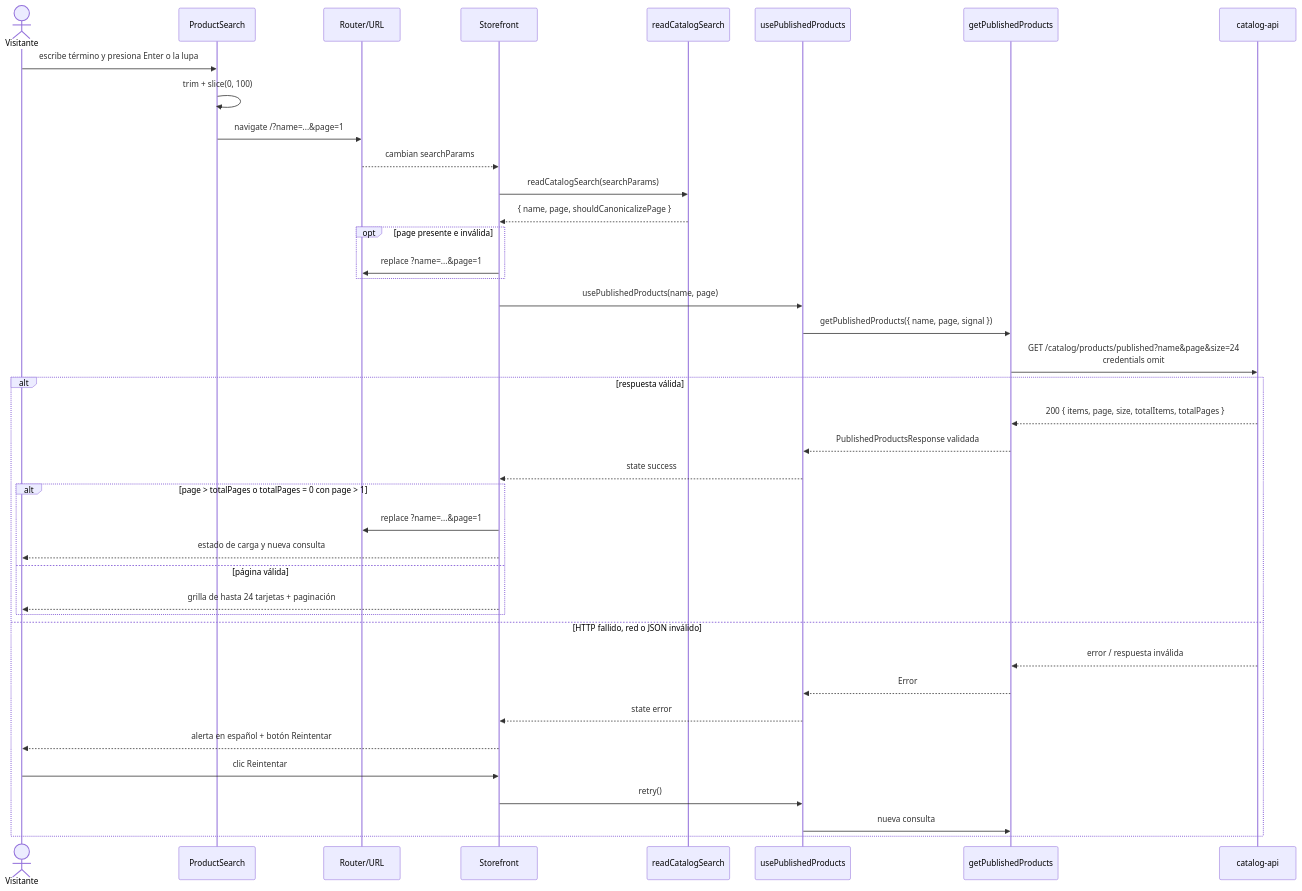
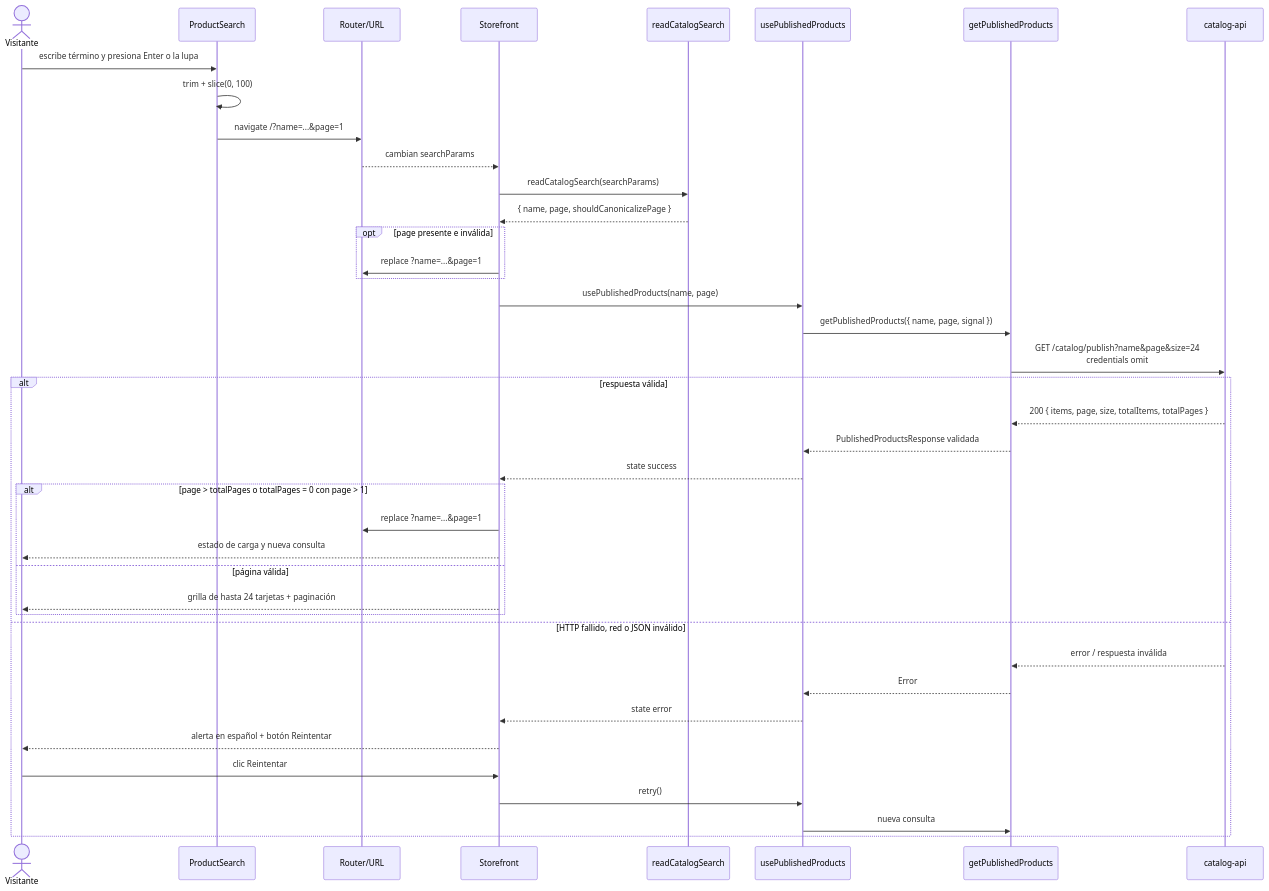
One commit to Dariosoft/fes-client-web changed the third of 5 diagrams in specs/002-storefront-product-grid/uml.md. Above: the diagram before and after it, drawn with Mermaid. The commit also changed other lines of this file and 4 other files, not shown here.

First line of the commit message:
feat: read the published products from /catalog/publish

````diff
--- a/specs/002-storefront-product-grid/uml.md
+++ b/specs/002-storefront-product-grid/uml.md
@@ -147,43 +147,43 @@
 ```mermaid
 sequenceDiagram
   actor V as Visitante
   participant PS as ProductSearch
   participant R as Router/URL
   participant S as Storefront
   participant RS as readCatalogSearch
   participant H as usePublishedProducts
   participant C as getPublishedProducts
   participant A as catalog-api
 
   V->>PS: escribe término y presiona Enter o la lupa
   PS->>PS: trim + slice(0, 100)
   PS->>R: navigate /?name=...&page=1
   R-->>S: cambian searchParams
   S->>RS: readCatalogSearch(searchParams)
   RS-->>S: { name, page, shouldCanonicalizePage }
   opt page presente e inválida
     S->>R: replace ?name=...&page=1
   end
   S->>H: usePublishedProducts(name, page)
   H->>C: getPublishedProducts({ name, page, signal })
-  C->>A: GET /catalog/products/published?name&page&size=24<br/>credentials omit
+  C->>A: GET /catalog/publish?name&page&size=24<br/>credentials omit
   alt respuesta válida
     A-->>C: 200 { items, page, size, totalItems, totalPages }
     C-->>H: PublishedProductsResponse validada
     H-->>S: state success
     alt page > totalPages o totalPages = 0 con page > 1
       S->>R: replace ?name=...&page=1
       S-->>V: estado de carga y nueva consulta
     else página válida
       S-->>V: grilla de hasta 24 tarjetas + paginación
     end
   else HTTP fallido, red o JSON inválido
     A-->>C: error / respuesta inválida
     C-->>H: Error
     H-->>S: state error
     S-->>V: alerta en español + botón Reintentar
     V->>S: clic Reintentar
     S->>H: retry()
     H->>C: nueva consulta
   end
 ```
````
